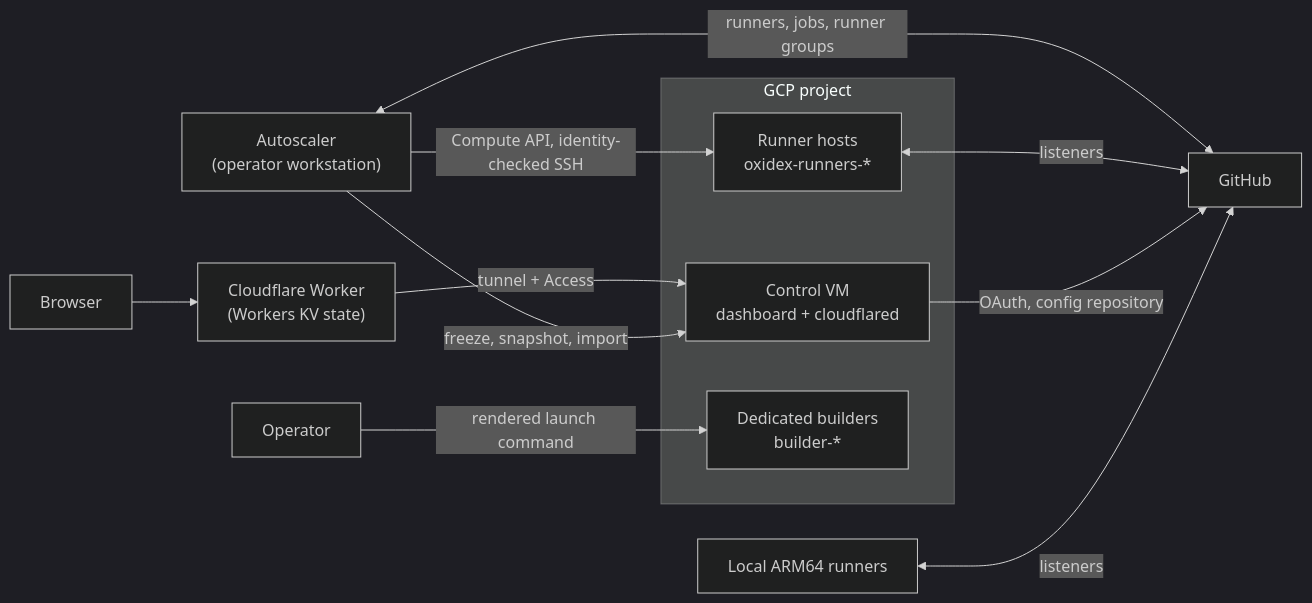
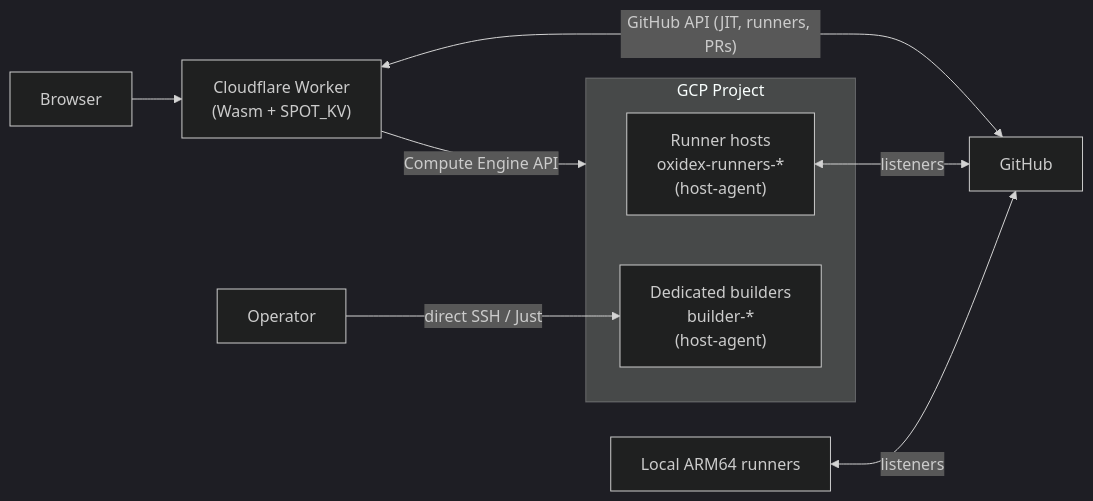
Before and after one commit to swack-tools/spot-github-runners: the diagram in docs/index.md, drawn with Mermaid (dark theme). The commit also changed other lines of this file and 323 other files, not shown here.

Commit message:
feat: migrate control plane and host agent to 100% pure Rust

````diff
--- a/docs/index.md
+++ b/docs/index.md
@@ -21,20 +21,15 @@
 ```mermaid
 flowchart LR
-    browser["Browser"] --> worker["Cloudflare Worker<br/>(Workers KV state)"]
-    worker -->|"tunnel + Access"| control["Control VM<br/>dashboard + cloudflared"]
+    browser["Browser"] --> worker["Cloudflare Worker<br/>(Wasm + SPOT_KV)"]
+    worker -->|"Compute Engine API"| gcp["GCP Spot Instances"]
+    worker <-->|"GitHub API (JIT, runners, PRs)"| github["GitHub"]
 
-    ctl["Autoscaler<br/>(operator workstation)"] -->|"Compute API, identity-checked SSH"| hosts
-    ctl -->|"freeze, snapshot, import"| control
-    ctl <-->|"runners, jobs, runner groups"| github["GitHub"]
-
-    subgraph gcp["GCP project"]
-        control
-        hosts["Runner hosts<br/>oxidex-runners-*"]
-        builders["Dedicated builders<br/>builder-*"]
+    subgraph gcp["GCP Project"]
+        hosts["Runner hosts<br/>oxidex-runners-*<br/>(host-agent)"]
+        builders["Dedicated builders<br/>builder-*<br/>(host-agent)"]
     end
 
     hosts <-->|"listeners"| github
-    control -->|"OAuth, config repository"| github
-    ops["Operator"] -->|"rendered launch command"| builders
+    ops["Operator"] -->|"direct SSH / Just"| builders
     local["Local ARM64 runners"] <-->|"listeners"| github
 ```
````
